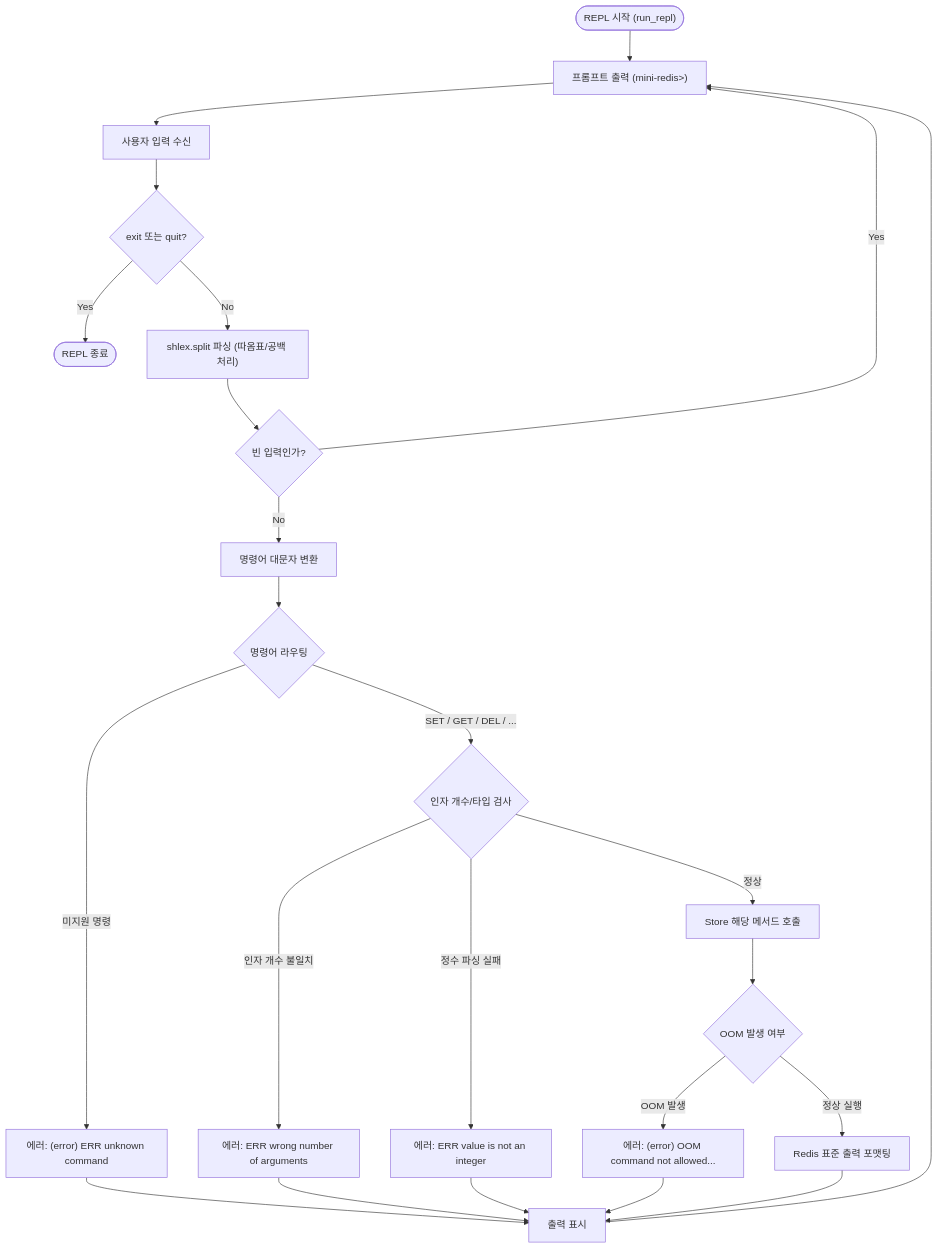
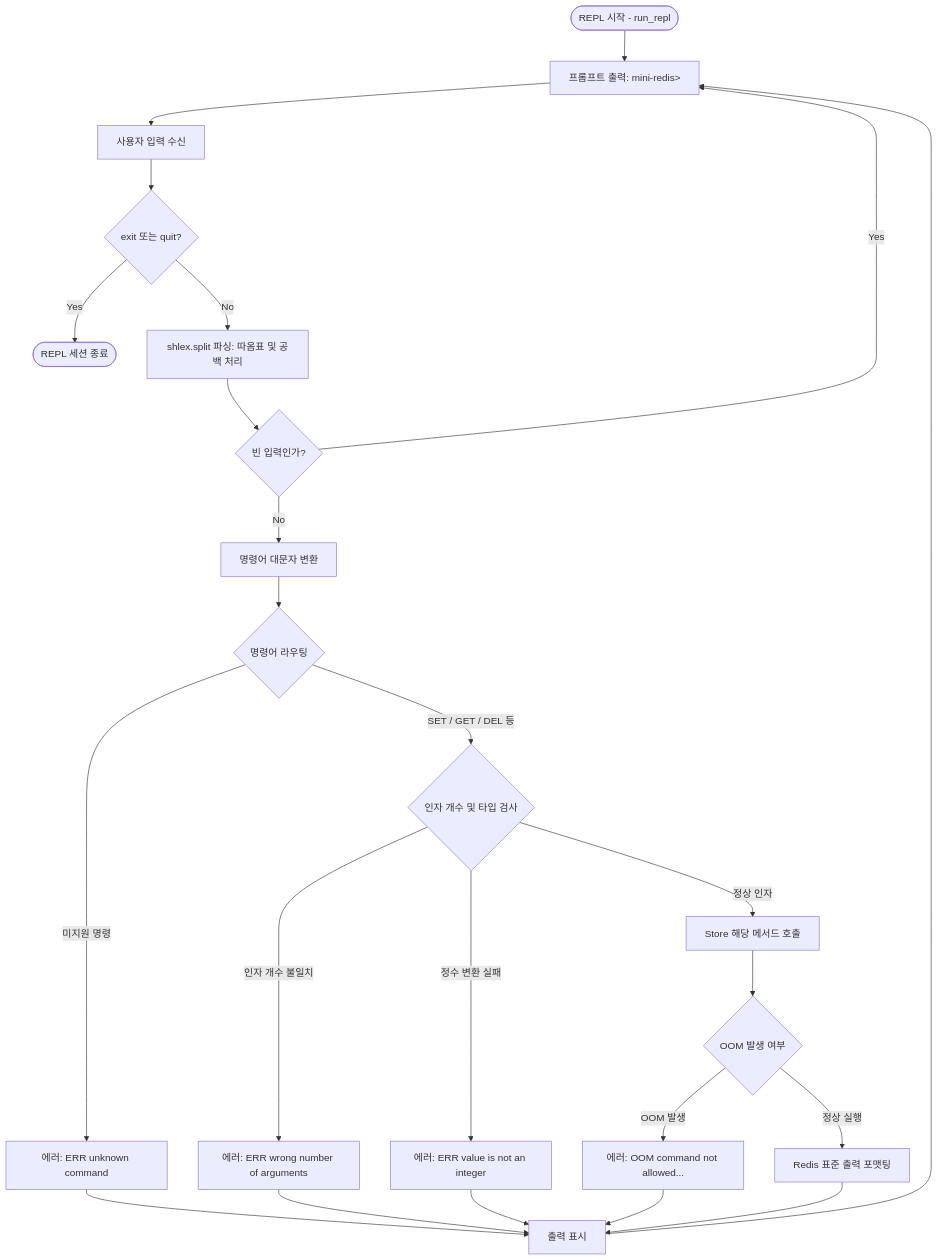
The second of 13 diagrams in study/README.md (nttkor/b5_1), drawn with Mermaid before and after one commit. The commit also changed other lines of this file, not shown here.

Commit message:
fix: resolve Mermaid edge label parse error and separate remaining bundled diagrams

````diff
--- a/study/README.md
+++ b/study/README.md
@@ -271,33 +271,33 @@
 ```mermaid
 flowchart TD
-    Start(["REPL 시작 (run_repl)"]) --> Prompt["프롬프트 출력 (mini-redis>)"]
+    Start(["REPL 시작 - run_repl"]) --> Prompt["프롬프트 출력: mini-redis>"]
     Prompt --> Read["사용자 입력 수신"]
     Read --> CheckExit{"exit 또는 quit?"}
     
-    CheckExit -->|Yes| Terminate(["REPL 종료"])
-    CheckExit -->|No| Parse["shlex.split 파싱 (따옴표/공백 처리)"]
+    CheckExit -->|Yes| Terminate(["REPL 세션 종료"])
+    CheckExit -->|No| Parse["shlex.split 파싱: 따옴표 및 공백 처리"]
     
     Parse --> EmptyCheck{"빈 입력인가?"}
     EmptyCheck -->|Yes| Prompt
     EmptyCheck -->|No| Upper["명령어 대문자 변환"]
     
     Upper --> CmdDispatch{"명령어 라우팅"}
     
-    CmdDispatch -->|SET / GET / DEL / ...| ArgsCheck{"인자 개수/타입 검사"}
-    CmdDispatch -->|미지원 명령| UnknownErr["에러: (error) ERR unknown command"]
+    CmdDispatch -->|SET / GET / DEL 등| ArgsCheck{"인자 개수 및 타입 검사"}
+    CmdDispatch -->|미지원 명령| UnknownErr["에러: ERR unknown command"]
     
     ArgsCheck -->|인자 개수 불일치| ArgErr["에러: ERR wrong number of arguments"]
-    ArgsCheck -->|정수 파싱 실패| IntErr["에러: ERR value is not an integer"]
-    ArgsCheck -->|정상| CallStore["Store 해당 메서드 호출"]
+    ArgsCheck -->|정수 변환 실패| IntErr["에러: ERR value is not an integer"]
+    ArgsCheck -->|정상 인자| CallStore["Store 해당 메서드 호출"]
     
     CallStore --> CatchOOM{"OOM 발생 여부"}
-    CatchOOM -->|OOM 발생| OOMErr["에러: (error) OOM command not allowed..."]
+    CatchOOM -->|OOM 발생| OOMErr["에러: OOM command not allowed..."]
     CatchOOM -->|정상 실행| FormatOut["Redis 표준 출력 포맷팅"]
     
     UnknownErr --> Output["출력 표시"]
     ArgErr --> Output
     IntErr --> Output
     OOMErr --> Output
     FormatOut --> Output
     Output --> Prompt
 ```
````
